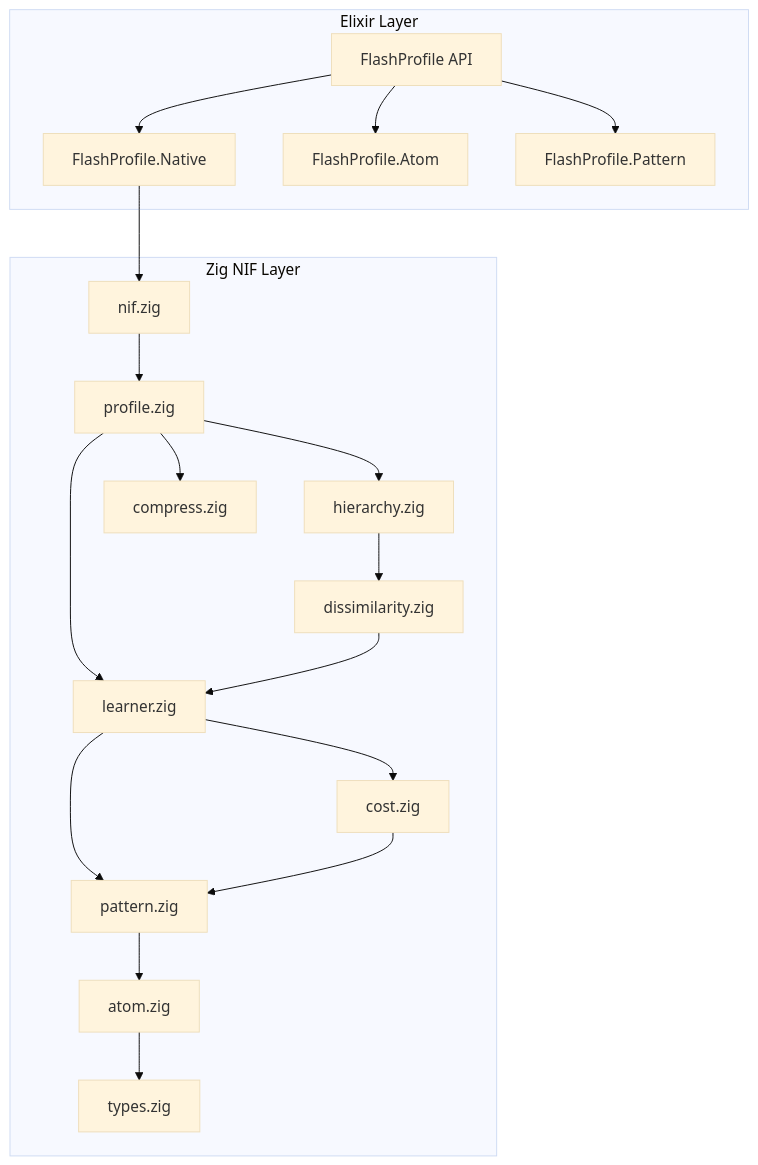
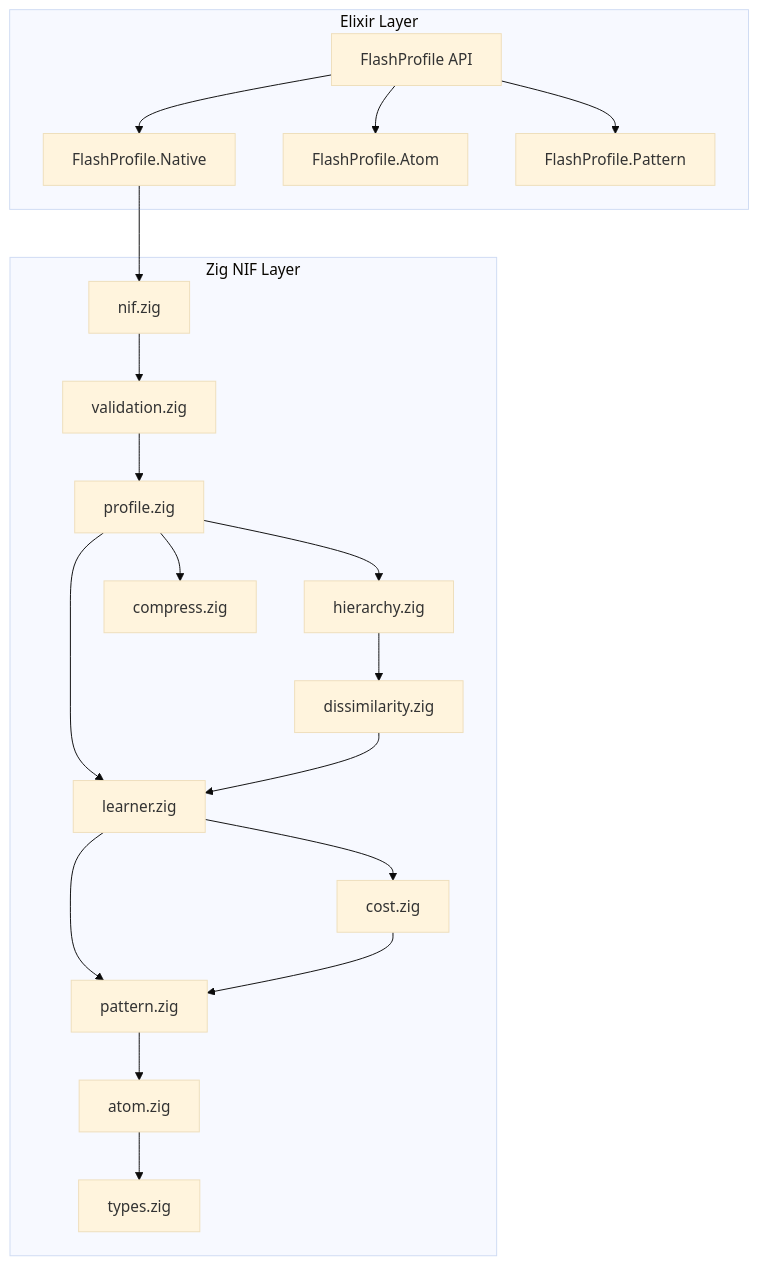
The second of 7 diagrams in Architecture.md (lostbean/flash_profile), drawn with Mermaid (base theme) before and after one commit. The commit also changed other lines of this file and 18 other files, not shown here.

````diff
--- a/Architecture.md
+++ b/Architecture.md
@@ -133,38 +134,40 @@
 ```mermaid
 flowchart TB
     subgraph "Elixir Layer"
         API[FlashProfile API]
         Native[FlashProfile.Native]
         Atom[FlashProfile.Atom]
         Pattern[FlashProfile.Pattern]
     end
 
     subgraph "Zig NIF Layer"
         NIF[nif.zig]
+        Validation[validation.zig]
         Profile[profile.zig]
         Hierarchy[hierarchy.zig]
         Dissim[dissimilarity.zig]
         Learner[learner.zig]
         Cost[cost.zig]
         PatternZ[pattern.zig]
         AtomZ[atom.zig]
         Types[types.zig]
         Compress[compress.zig]
     end
 
     API --> Native
     API --> Atom
     API --> Pattern
     Native --> NIF
-    NIF --> Profile
+    NIF --> Validation
+    Validation --> Profile
     Profile --> Hierarchy
     Profile --> Learner
     Profile --> Compress
     Hierarchy --> Dissim
     Dissim --> Learner
     Learner --> Cost
     Learner --> PatternZ
     PatternZ --> AtomZ
     AtomZ --> Types
     Cost --> PatternZ
 ```
````
